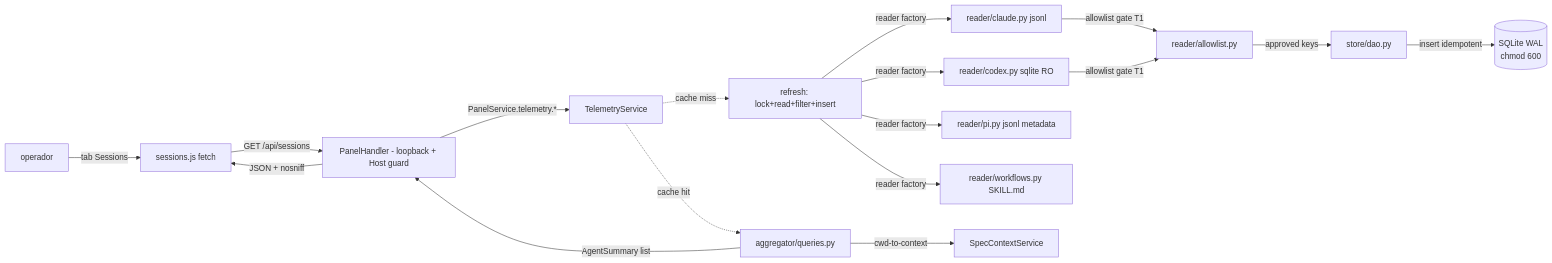
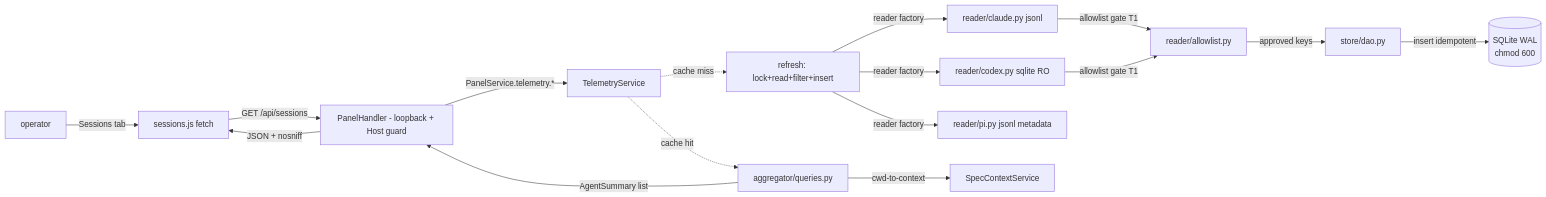
Before and after one commit to marcoaureliomenezes/dadaia-workspace: the diagram in specs/memory/product/agents/agent-monitoring.md, drawn with Mermaid. The commit also changed other lines of this file and 76 other files, not shown here.

````diff
--- a/specs/memory/product/agents/agent-monitoring.md
+++ b/specs/memory/product/agents/agent-monitoring.md
@@ -43,19 +43,18 @@
 ```mermaid
 flowchart LR
-    OP[operador] -->|tab Sessions| JS[sessions.js fetch]
+    OP[operator] -->|Sessions tab| JS[sessions.js fetch]
     JS -->|GET /api/sessions| H[PanelHandler - loopback + Host guard]
     H -->|PanelService.telemetry.*| SVC[TelemetryService]
     SVC -.cache miss.-> RFR[refresh: lock+read+filter+insert]
     RFR -->|reader factory| CR[reader/claude.py jsonl]
     RFR -->|reader factory| CX[reader/codex.py sqlite RO]
     RFR -->|reader factory| PIr[reader/pi.py jsonl metadata]
-    RFR -->|reader factory| WF[reader/workflows.py SKILL.md]
     CR -->|allowlist gate T1| ALW[reader/allowlist.py]
     CX -->|allowlist gate T1| ALW
     ALW -->|approved keys| DAO[store/dao.py]
     DAO -->|insert idempotent| DB[(SQLite WAL\nchmod 600)]
     SVC -.cache hit.-> AGG[aggregator/queries.py]
     AGG -->|cwd-to-context| SCS[SpecContextService]
     AGG -->|AgentSummary list| H
     H -->|JSON + nosniff| JS
 ```
````
